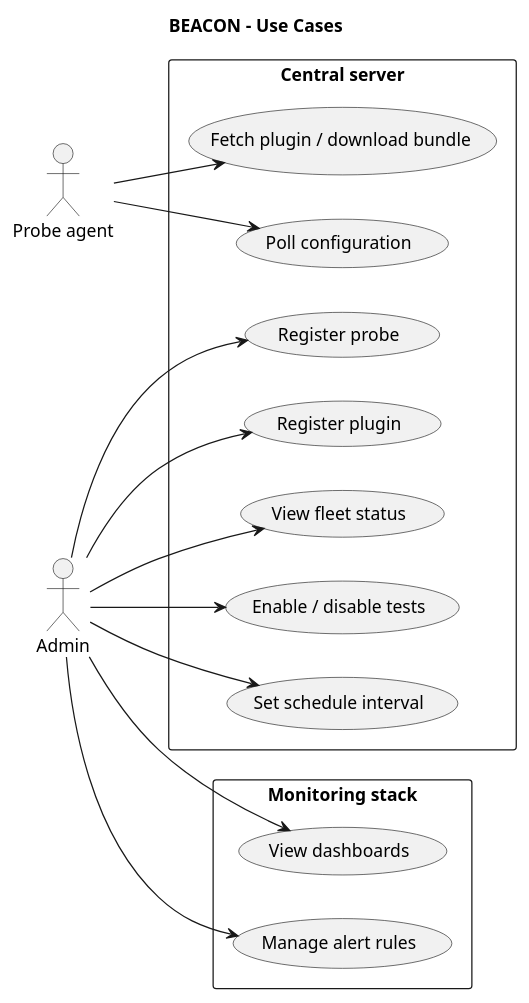
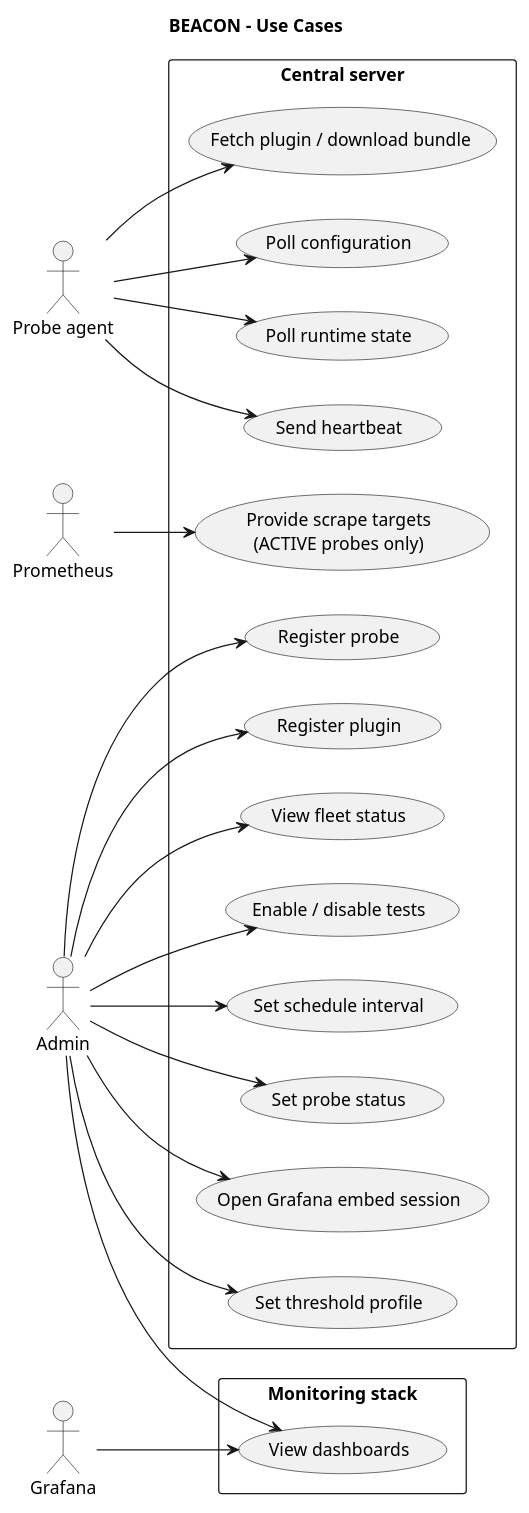
One commit to vhfba/beacon changed the diagram in docs/architecture/use-cases-diagram.puml. Above: the diagram before and after it, drawn with PlantUML. The commit also changed 31 other files, not shown here.

First line of the commit message:
feat(monitoring): Implement monitoring options, threshold profiles, and REST endpoints for probes

```diff
--- a/docs/architecture/use-cases-diagram.puml
+++ b/docs/architecture/use-cases-diagram.puml
@@ -1,36 +1,51 @@
-@startuml
+@startuml use-cases-diagram
 title BEACON - Use Cases
 
 left to right direction
 
 actor Admin as admin
 actor "Probe agent" as probe
+actor Prometheus as prom
+actor Grafana as graf
 
 rectangle "Central server" as central {
-  usecase "Register probe" as UC_Register 
+  usecase "Register probe" as UC_Register
   usecase "Register plugin" as UC_RegPlugin
-  usecase "View fleet status" as UC_Fleet 
-  usecase "Enable / disable tests" as UC_Enable 
-  usecase "Set schedule interval" as UC_Schedule 
+  usecase "View fleet status" as UC_Fleet
+  usecase "Enable / disable tests" as UC_Enable
+  usecase "Set schedule interval" as UC_Schedule
+  usecase "Set probe status" as UC_Status
 
-  usecase "Poll configuration" as UC_Poll 
-  usecase "Fetch plugin / download bundle" as UC_Plugin 
+  usecase "Poll configuration" as UC_Poll
+  usecase "Poll runtime state" as UC_Runtime
+  usecase "Send heartbeat" as UC_Heartbeat
+  usecase "Fetch plugin / download bundle" as UC_Plugin
+
+  usecase "Provide scrape targets\n(ACTIVE probes only)" as UC_SD
+  usecase "Set threshold profile" as UC_Thresholds
+  usecase "Open Grafana embed session" as UC_Embed
 }
 
 rectangle "Monitoring stack" as monitoring {
-  usecase "View dashboards" as UC_Dash 
-  usecase "Manage alert rules" as UC_Alerts 
+  usecase "View dashboards" as UC_Dash
 }
 
 admin --> UC_Register
 admin --> UC_RegPlugin
 admin --> UC_Fleet
 admin --> UC_Enable
 admin --> UC_Schedule
+admin --> UC_Status
+admin --> UC_Thresholds
+admin --> UC_Embed
 admin --> UC_Dash
-admin --> UC_Alerts
 
 probe --> UC_Poll
+probe --> UC_Runtime
+probe --> UC_Heartbeat
 probe --> UC_Plugin
 
+prom --> UC_SD
+graf --> UC_Dash
+
 @enduml
```
